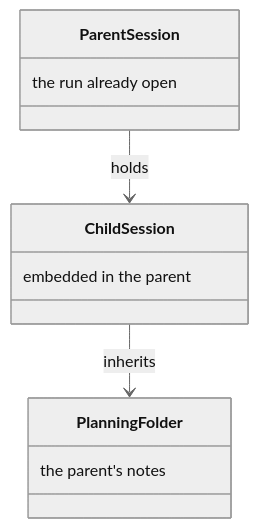
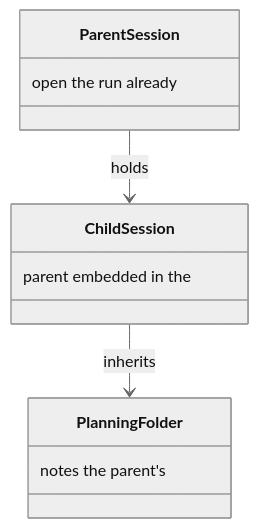
One commit to m2ux/workflow-server changed the fourth of 18 diagrams in docs/dispatch.md. Above: the diagram before and after it, drawn with Mermaid (neutral theme). The commit also changed other lines of this file and 13 other files, not shown here.

````diff
--- a/docs/dispatch.md
+++ b/docs/dispatch.md
@@ -66,14 +66,14 @@
 ```mermaid
 classDiagram
   class ParentSession {
-    the run already open
+    open the run already
   }
   class ChildSession {
-    embedded in the parent
+    parent embedded in the
   }
   class PlanningFolder {
-    the parent's notes
+    notes the parent's
   }
   ParentSession --> ChildSession : holds
   ChildSession --> PlanningFolder : inherits
 ```
````
